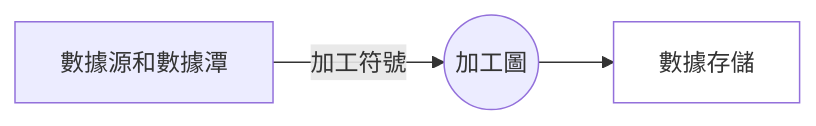
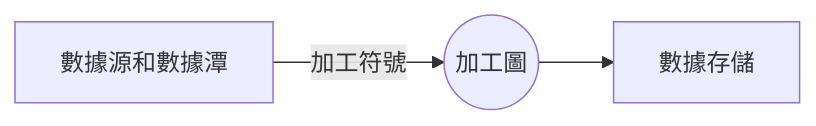
The third of 4 diagrams in _posts/2022-07-04-02333-software_engineer.md (chchoiw/chchoiw.github.io), drawn with Mermaid before and after one commit.

````diff
--- a/_posts/2022-07-04-02333-software_engineer.md
+++ b/_posts/2022-07-04-02333-software_engineer.md
@@ -233,8 +233,8 @@
 ```mermaid
 graph LR
 id2[數據源和數據潭]
 id1((加工圖))
 id3[數據存儲]
 id2--加工符號-->id1-->id3
-style id3 fill:#ffffff,stroke-width:1px
+
 ```
````
